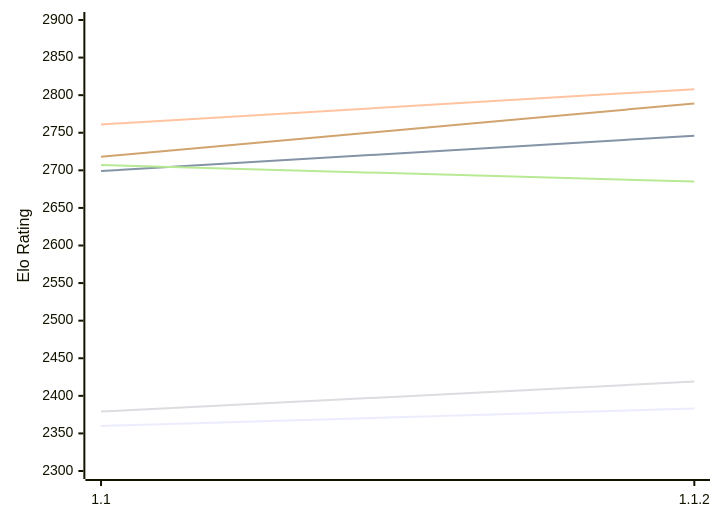
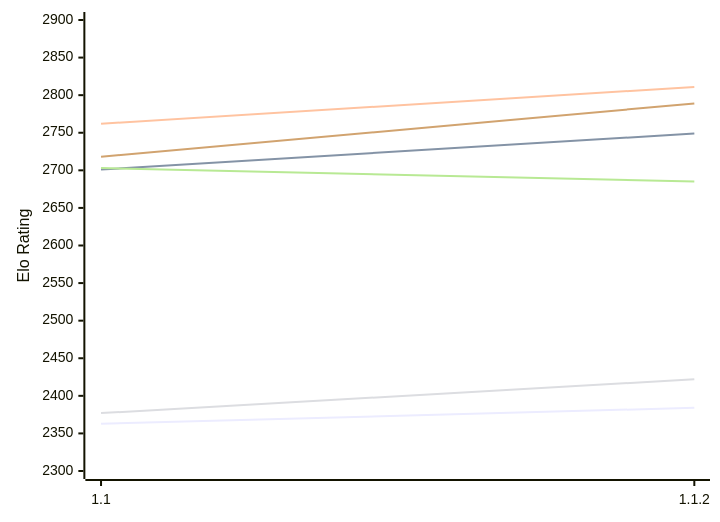
One commit to computer-chess-index/cci changed the first of 2 diagrams in engines/Casanchess.md. Above: the diagram before and after it, drawn with Mermaid. The commit also changed other lines of this file, not shown here.

Commit message:
Update CCI Ratings (ELO VLTC) - 2026-11-22

````diff
--- a/engines/Casanchess.md
+++ b/engines/Casanchess.md
@@ -51,12 +51,12 @@
 ```mermaid
 %%{init: {"theme":"base","themeVariables":{"seriesColors:['#a3a3a3','#222221','#faa371']}}}%%
 xychart-beta
   x-axis ["1.1", "1.1.2"]
   y-axis "Elo Rating" 2300 --> 2900
-  line "E1: STC (8.0+0.08s)" [2360, 2383]
-  line "E1: LTC (60.0+0.60s)" [2699, 2746]
-  line "E1: VLTC (2m24s+1.12s)" [2761, 2808]
-  line "P1: STC (8.0+0.08s)" [2379, 2419]
-  line "P1: LTC (60.0+0.60s)" [2707, 2685]
+  line "E1: STC (8.0+0.08s)" [2363, 2384]
+  line "E1: LTC (60.0+0.60s)" [2701, 2749]
+  line "E1: VLTC (2m24s+1.12s)" [2762, 2811]
+  line "P1: STC (8.0+0.08s)" [2377, 2422]
+  line "P1: LTC (60.0+0.60s)" [2703, 2685]
   line "P1: VLTC (2m24s+1.12s)" [2718, 2789]
 ```
````
